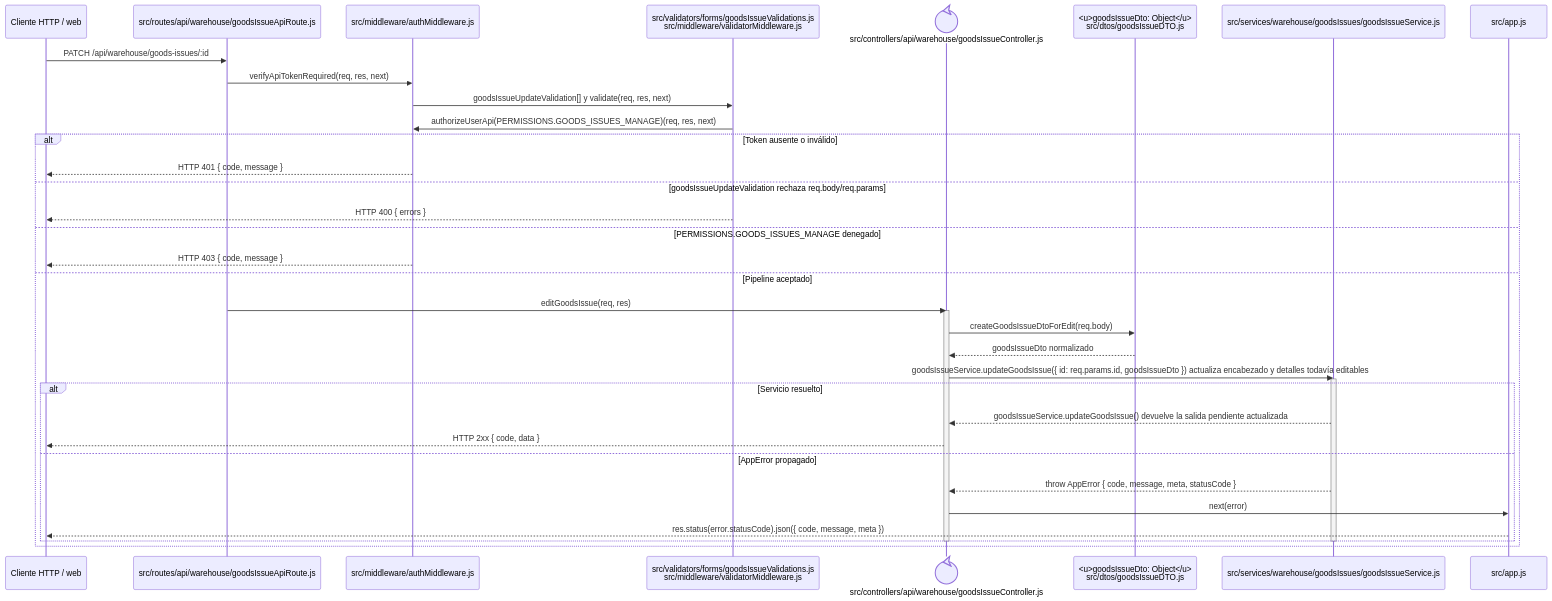
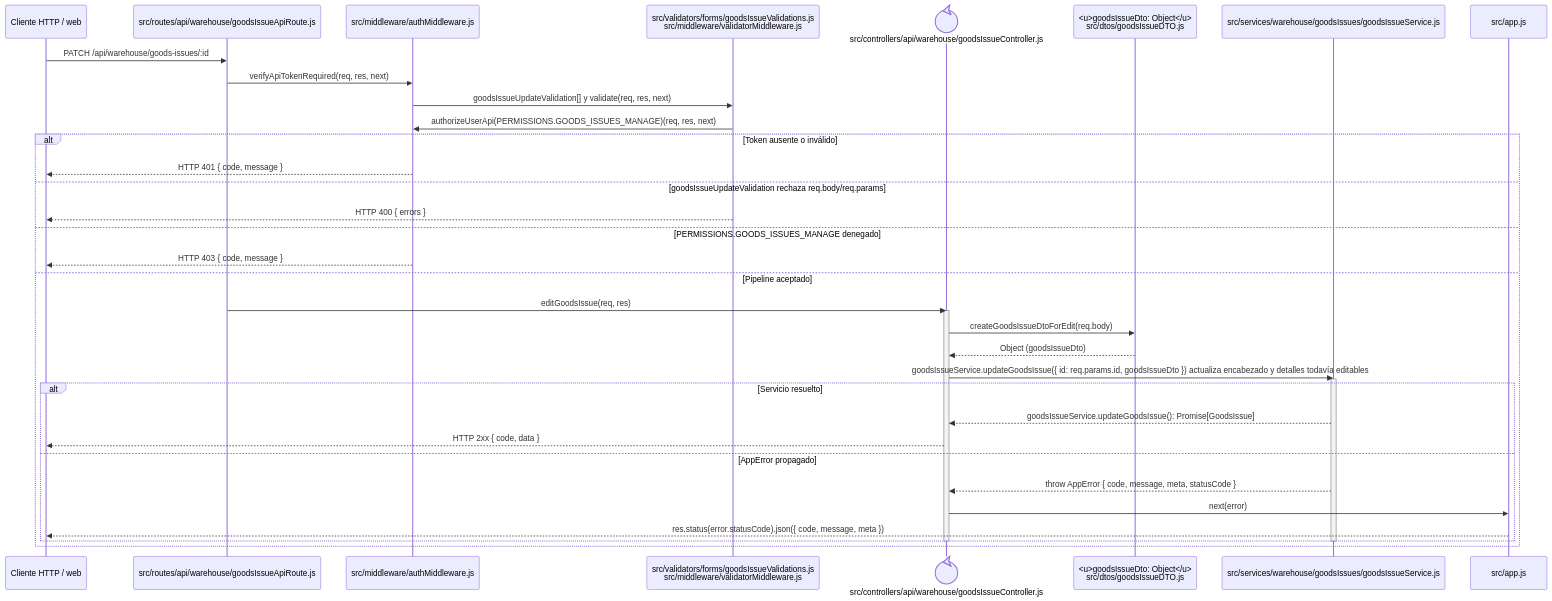
One commit to gpgsistemas01/nexus changed the diagram in docs/architecture/backend-code-sequences/issues/cu-sal-04.md. Above: the diagram before and after it, drawn with Mermaid. The commit also changed 146 other files, not shown here.

````diff
--- a/docs/architecture/backend-code-sequences/issues/cu-sal-04.md
+++ b/docs/architecture/backend-code-sequences/issues/cu-sal-04.md
@@ -6,40 +6,40 @@
 ```mermaid
 sequenceDiagram
     participant Client as Cliente HTTP / web
     participant Route as src/routes/api/warehouse/goodsIssueApiRoute.js
     participant Auth as src/middleware/authMiddleware.js
     participant Validator as src/validators/forms/goodsIssueValidations.js<br/>src/middleware/validatorMiddleware.js
     participant Controller@{ "type": "control" } as src/controllers/api/warehouse/goodsIssueController.js
     participant IssueDto as <u>goodsIssueDto: Object</u><br/>src/dtos/goodsIssueDTO.js
     participant Domain as src/services/warehouse/goodsIssues/goodsIssueService.js
     participant ErrorHandler as src/app.js
 
     Client->>Route: PATCH /api/warehouse/goods-issues/:id
     Route->>Auth: verifyApiTokenRequired(req, res, next)
     Auth->>Validator: goodsIssueUpdateValidation[] y validate(req, res, next)
     Validator->>Auth: authorizeUserApi(PERMISSIONS.GOODS_ISSUES_MANAGE)(req, res, next)
     alt Token ausente o inválido
         Auth-->>Client: HTTP 401 { code, message }
     else goodsIssueUpdateValidation rechaza req.body/req.params
         Validator-->>Client: HTTP 400 { errors }
     else PERMISSIONS.GOODS_ISSUES_MANAGE denegado
         Auth-->>Client: HTTP 403 { code, message }
     else Pipeline aceptado
         Route->>Controller: editGoodsIssue(req, res)
         activate Controller
         Controller->>IssueDto: createGoodsIssueDtoForEdit(req.body)
-        IssueDto-->>Controller: goodsIssueDto normalizado
+        IssueDto-->>Controller: Object (goodsIssueDto)
         Controller->>Domain: goodsIssueService.updateGoodsIssue({ id: req.params.id, goodsIssueDto }) actualiza encabezado y detalles todavía editables
         activate Domain
         alt Servicio resuelto
-            Domain-->>Controller: goodsIssueService.updateGoodsIssue() devuelve la salida pendiente actualizada
+            Domain-->>Controller: goodsIssueService.updateGoodsIssue(): Promise[GoodsIssue]
             Controller-->>Client: HTTP 2xx { code, data }
         else AppError propagado
             Domain-->>Controller: throw AppError { code, message, meta, statusCode }
             Controller->>ErrorHandler: next(error)
             ErrorHandler-->>Client: res.status(error.statusCode).json({ code, message, meta })
         end
         deactivate Domain
         deactivate Controller
     end
 ```
````
